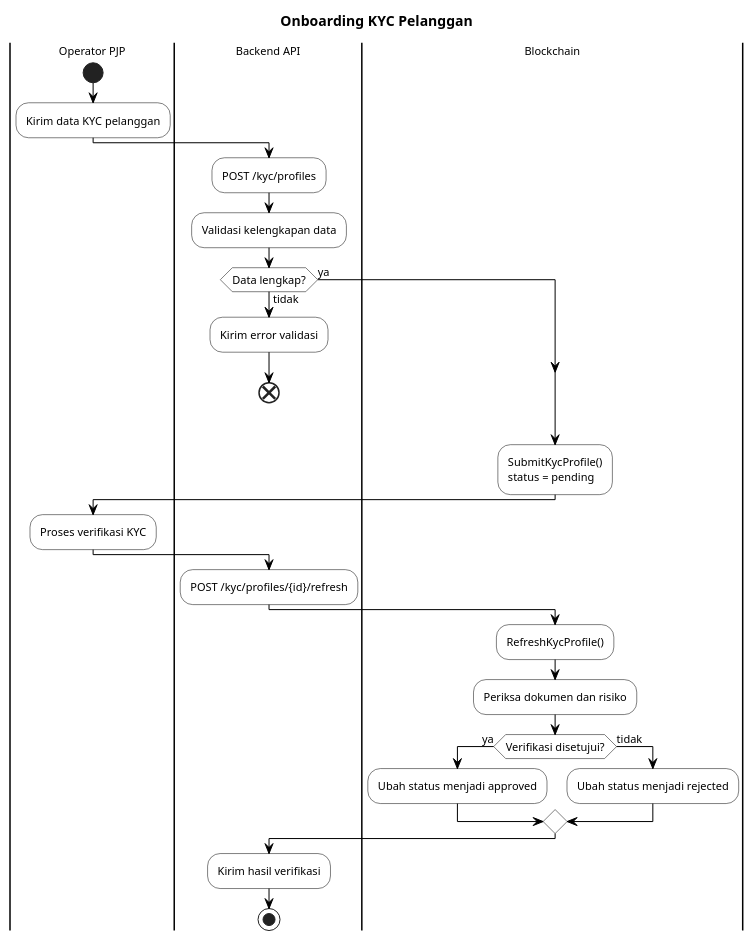
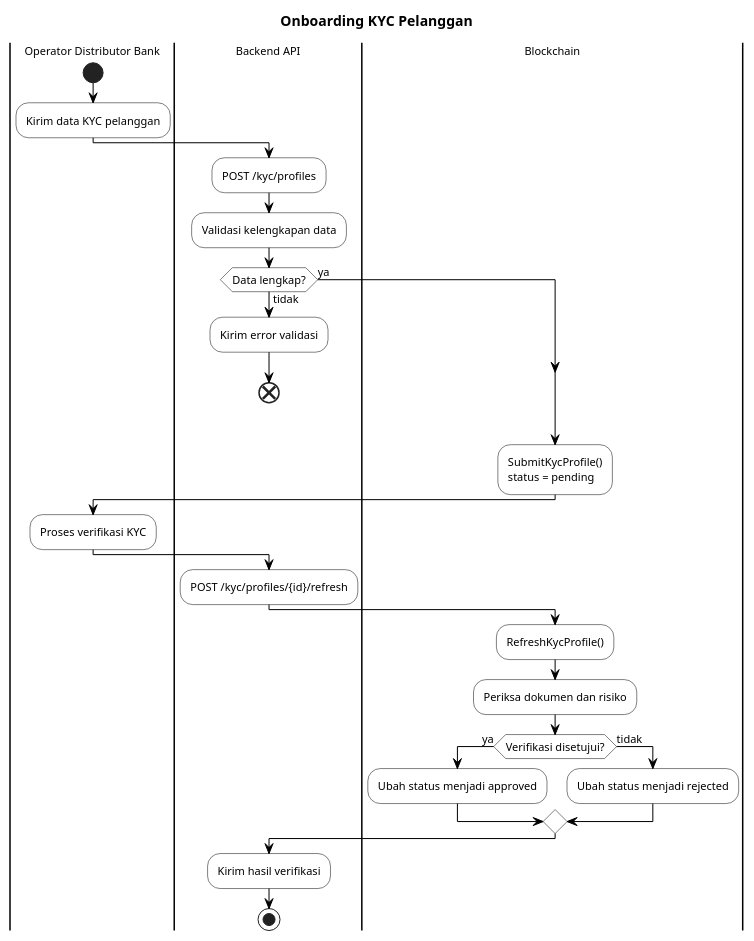
Before and after one commit to mfachrizalg/bi-coin: the fourth of 7 diagrams in bi-coin-fabric/docs/diagrams/plantuml/activity-diagrams.puml, drawn with PlantUML. The commit also changed other lines of this file and 364 other files, not shown here.

```diff
--- a/bi-coin-fabric/docs/diagrams/plantuml/activity-diagrams.puml
+++ b/bi-coin-fabric/docs/diagrams/plantuml/activity-diagrams.puml
@@ -147,52 +193,52 @@
 @startuml AD04-Onboarding-KYC-Pelanggan
 skinparam monochrome true
 skinparam defaultFontSize 11
 skinparam activityFontSize 11
 skinparam activityBackgroundColor white
 skinparam activityBorderColor black
 skinparam activityDiamondBackgroundColor white
 skinparam activityDiamondBorderColor black
 skinparam arrowColor black
 skinparam noteBackgroundColor white
 skinparam noteBorderColor black
 skinparam swimlaneBorderColor black
 skinparam partitionBorderColor black
 
 title Onboarding KYC Pelanggan
 
-|Operator PJP|
+|Operator Distributor Bank|
 start
 :Kirim data KYC pelanggan;
 
 |Backend API|
 :POST /kyc/profiles;
 :Validasi kelengkapan data;
 if (Data lengkap?) then (tidak)
   :Kirim error validasi;
   end
 else (ya)
 endif
 
 |Blockchain|
 :SubmitKycProfile()
 status = pending;
 
-|Operator PJP|
+|Operator Distributor Bank|
 :Proses verifikasi KYC;
 
 |Backend API|
 :POST /kyc/profiles/{id}/refresh;
 
 |Blockchain|
 :RefreshKycProfile();
 :Periksa dokumen dan risiko;
 if (Verifikasi disetujui?) then (ya)
   :Ubah status menjadi approved;
 else (tidak)
   :Ubah status menjadi rejected;
 endif
 
 |Backend API|
 :Kirim hasil verifikasi;
 stop
 @enduml
```
